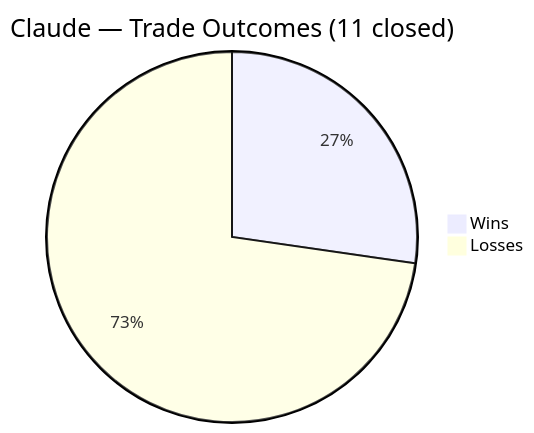
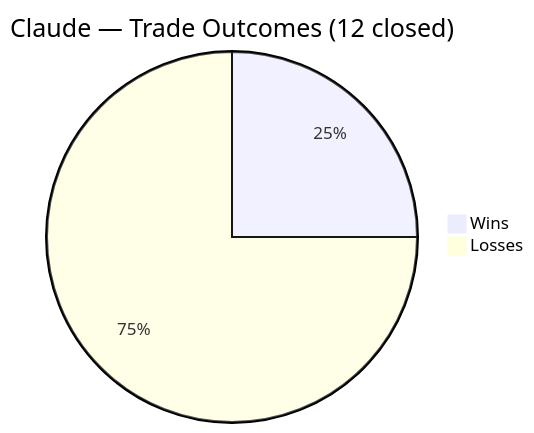
The third of 5 diagrams in README.md (zachisit/ai-auto-buy-thesis), drawn with Mermaid before and after one commit. The commit also changed other lines of this file and 2 other files, not shown here.

````diff
--- a/README.md
+++ b/README.md
@@ -47,5 +47,5 @@
 ```mermaid
-pie title Claude — Trade Outcomes (11 closed)
+pie title Claude — Trade Outcomes (12 closed)
     "Wins" : 3
-    "Losses" : 8
+    "Losses" : 9
 ```
````
